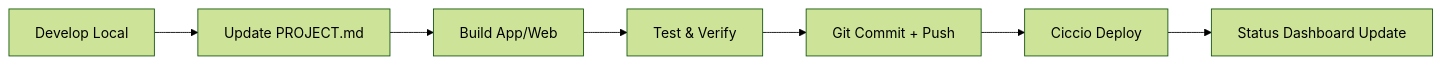
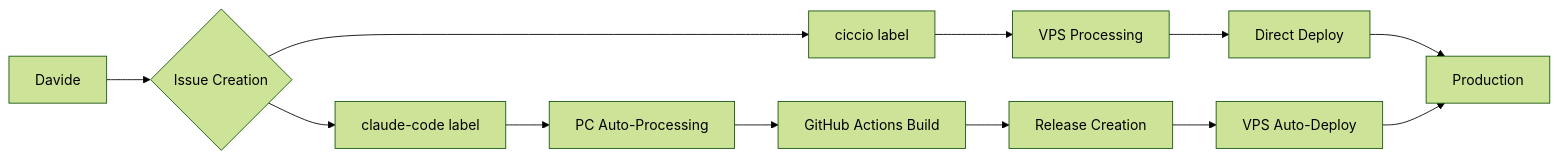
The diagram in README.md (ecologicaleaving/workflow), drawn with Mermaid (forest theme) before and after one commit. The commit also changed other lines of this file and 3 other files, not shown here.

First line of the commit message:
Major update: Claude Code PC automation + GitHub Actions universal build

````diff
--- a/README.md
+++ b/README.md
@@ -50,9 +31,14 @@
 ```mermaid
 graph LR
-    A[Develop Local] --> B[Update PROJECT.md]
-    B --> C[Build App/Web]
-    C --> D[Test & Verify]
-    D --> E[Git Commit + Push]
-    E --> F[Ciccio Deploy]
-    F --> G[Status Dashboard Update]
+A[Davide] --> B{Issue Creation}
+B --> C[claude-code label]
+B --> D[ciccio label]
+C --> E[PC Auto-Processing]
+D --> F[VPS Processing]
+E --> G[GitHub Actions Build]
+F --> H[Direct Deploy]
+G --> I[Release Creation]
+I --> J[VPS Auto-Deploy]
+H --> K[Production]
+J --> K
 ```
````
